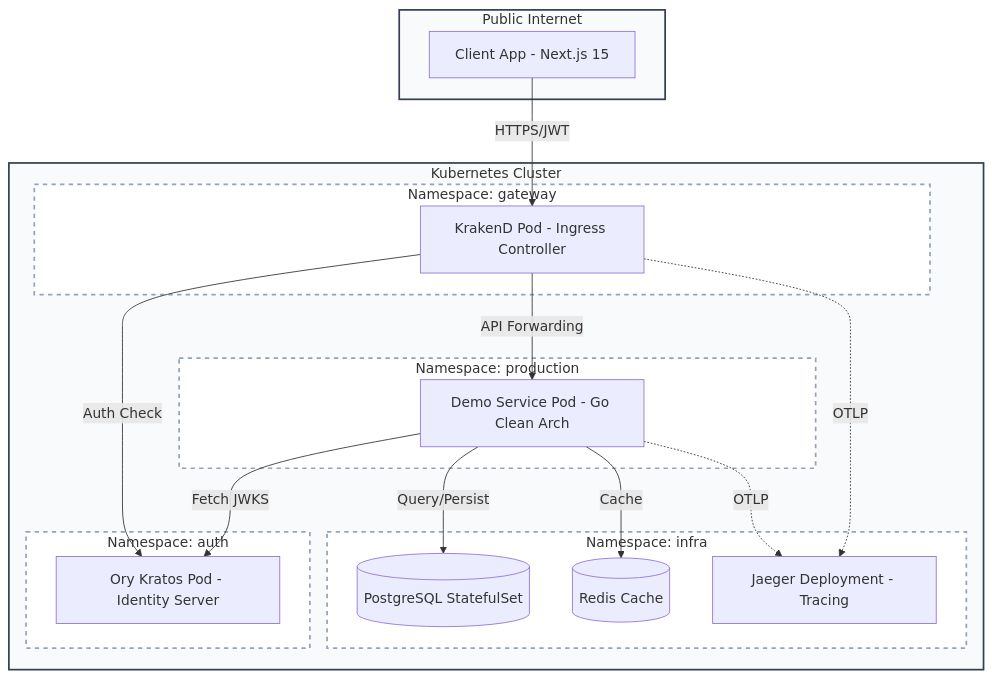
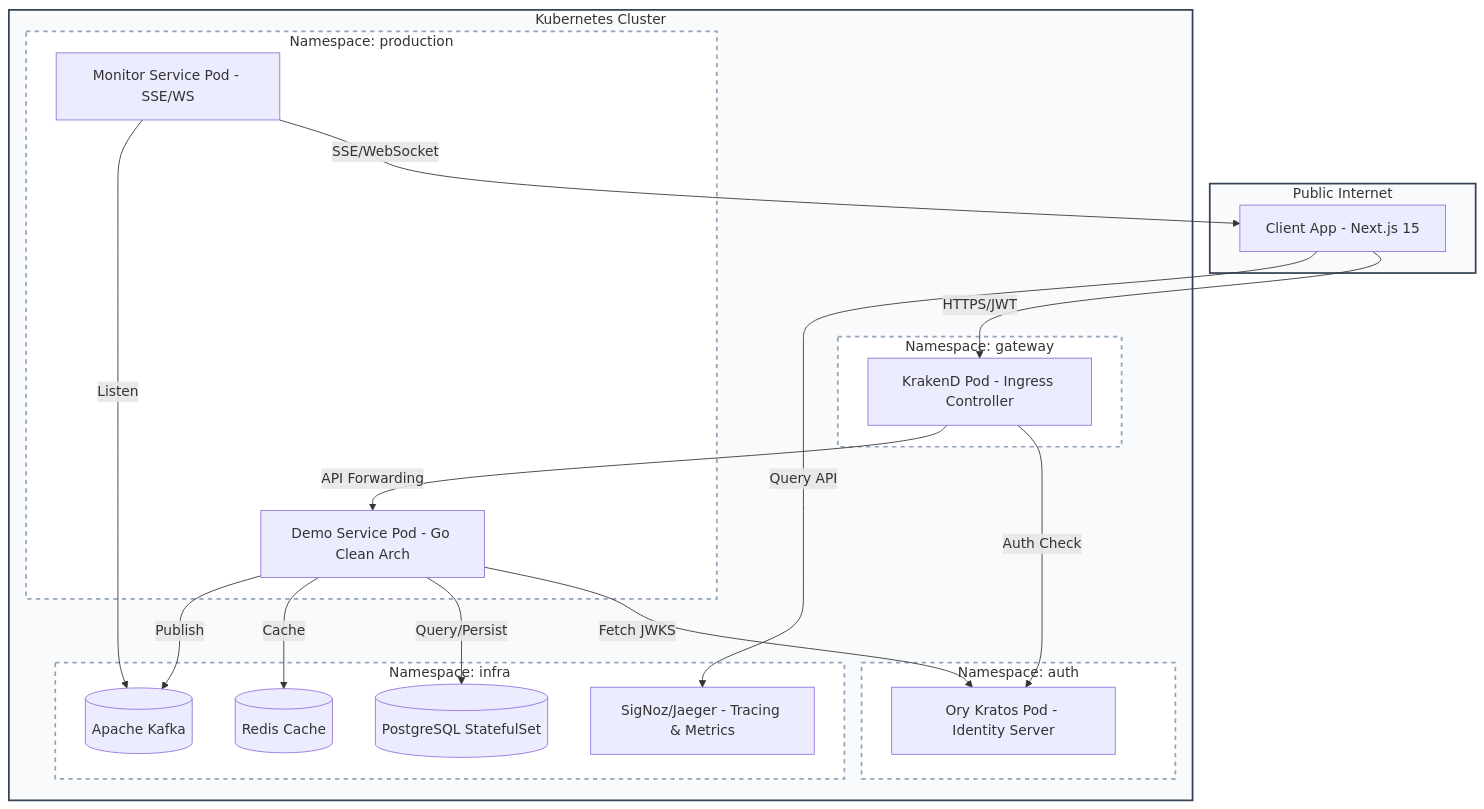
Before and after one commit to dungxbuif/RuntimeRoasters: the first of 2 diagrams in docs/architecture/system-architecture.md, drawn with Mermaid. The commit also changed other lines of this file and 17 other files, not shown here.

````diff
--- a/docs/architecture/system-architecture.md
+++ b/docs/architecture/system-architecture.md
@@ -8,41 +8,45 @@
 ```mermaid
 graph TB
     subgraph External_Internet [Public Internet]
         ClientApp[Client App - Next.js 15]
     end
 
     subgraph K8s_Cluster [Kubernetes Cluster]
         
         subgraph NS_Gateway [Namespace: gateway]
             KrakenD[KrakenD Pod - Ingress Controller]
         end
 
         subgraph NS_Auth [Namespace: auth]
             Kratos[Ory Kratos Pod - Identity Server]
         end
 
-        subgraph NS_App [Namespace: production]
+    subgraph NS_App [Namespace: production]
             DemoSvc[Demo Service Pod - Go Clean Arch]
+            MonitorSvc[Monitor Service Pod - SSE/WS]
         end
 
         subgraph NS_Infra [Namespace: infra]
             Postgres[(PostgreSQL StatefulSet)]
             Redis[(Redis Cache)]
-            Jaeger[Jaeger Deployment - Tracing]
+            Jaeger[SigNoz/Jaeger - Tracing & Metrics]
+            Kafka[(Apache Kafka)]
         end
     end
 
     ClientApp -- HTTPS/JWT --> KrakenD
     KrakenD -- Auth Check --> Kratos
     KrakenD -- API Forwarding --> DemoSvc
+    MonitorSvc -- SSE/WebSocket --> ClientApp
+    MonitorSvc -- Listen --> Kafka
+    ClientApp -- Query API --> Jaeger
     DemoSvc -- Fetch JWKS --> Kratos
     DemoSvc -- Query/Persist --> Postgres
     DemoSvc -- Cache --> Redis
-    KrakenD -. OTLP .-> Jaeger
-    DemoSvc -. OTLP .-> Jaeger
+    DemoSvc -- Publish --> Kafka
 
     classDef cluster fill:#f8fafc,stroke:#334155,stroke-width:2px;
     classDef namespace fill:#ffffff,stroke:#94a3b8,stroke-dasharray: 5 5;
     class K8s_Cluster cluster;
     class NS_Gateway,NS_Auth,NS_App,NS_Infra namespace;
 ```
````
